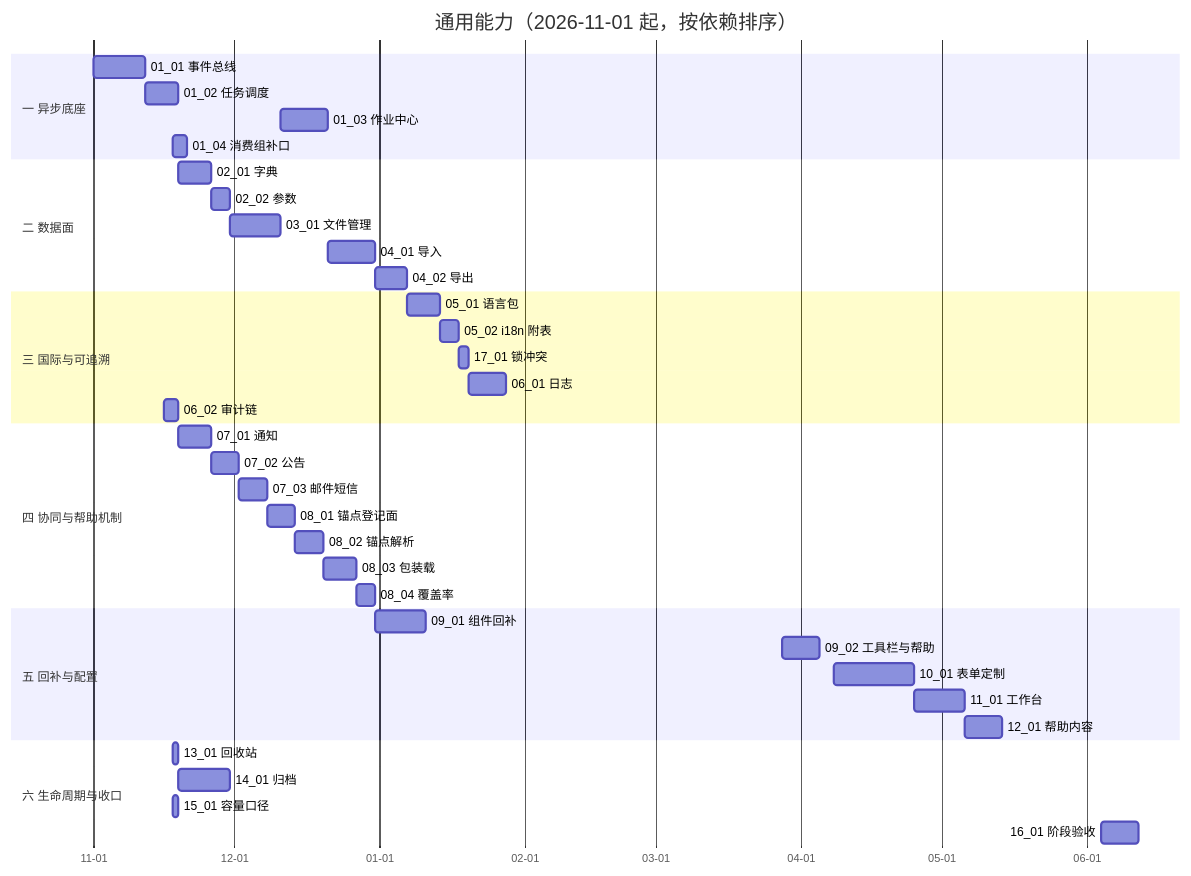
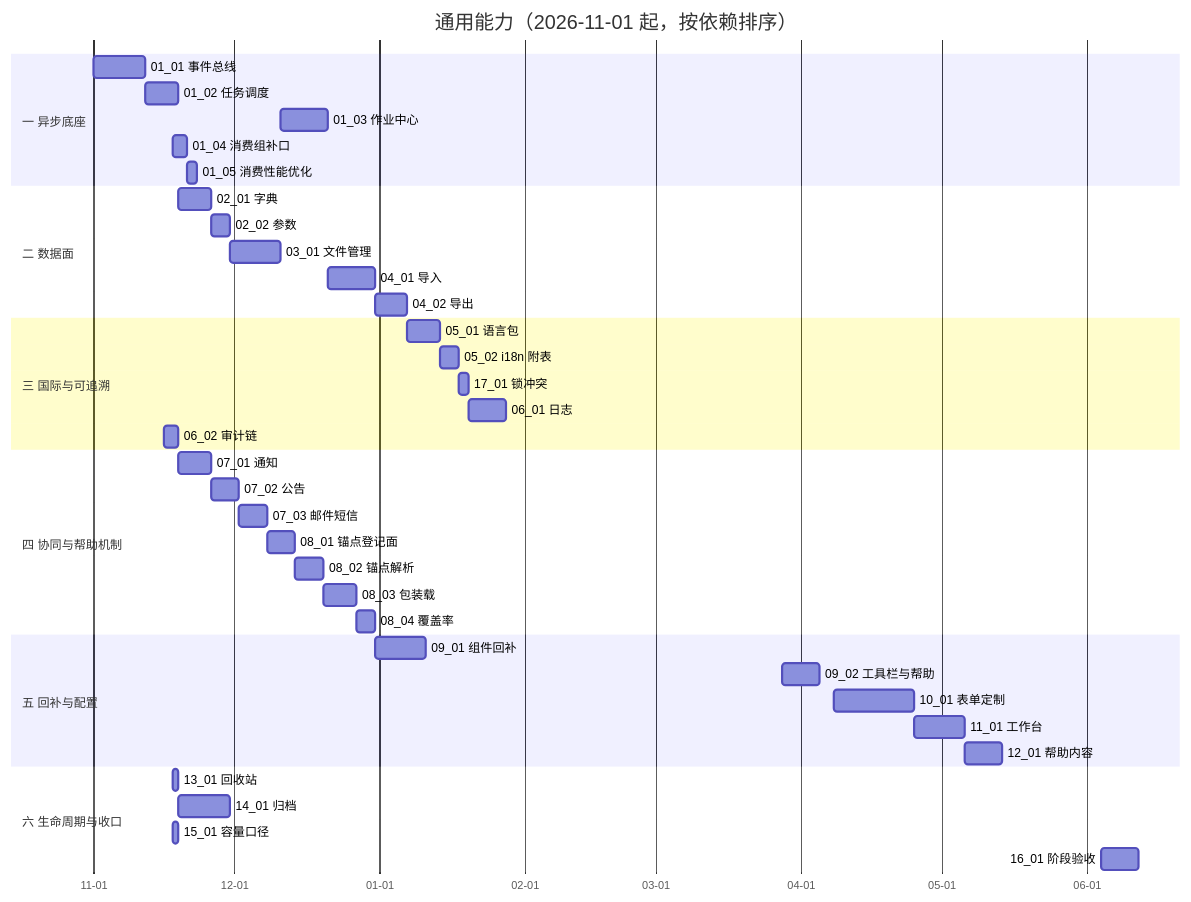
Before and after one commit to minjian123/basic-management-system: the diagram in bms文档/项目/08_通用能力/计划/01_计划_通用能力.md, drawn with Mermaid. The commit also changed other lines of this file and 5 other files, not shown here.

````diff
--- a/bms文档/项目/08_通用能力/计划/01_计划_通用能力.md
+++ b/bms文档/项目/08_通用能力/计划/01_计划_通用能力.md
@@ -63,42 +64,43 @@
 ```mermaid
 gantt
     title 通用能力（2026-11-01 起，按依赖排序）
     dateFormat YYYY-MM-DD
     axisFormat %m-%d
     section 一 异步底座
     01_01 事件总线 :t0101, 2026-11-01, 11d
     01_02 任务调度 :t0102, after t0101, 7d
     01_03 作业中心 :t0103, 2026-12-11, 10d
     01_04 消费组补口 :t0104, 2026-11-18, 3d
+    01_05 消费性能优化 :t0105, after t0104, 2d
     section 二 数据面
     02_01 字典 :t0201, after t0102, 7d
     02_02 参数 :t0202, after t0201, 4d
     03_01 文件管理 :t0301, after t0202, 11d
     04_01 导入 :t0401, after t0103, 10d
     04_02 导出 :t0402, after t0401, 7d
     section 三 国际与可追溯
     05_01 语言包 :t0501, after t0402, 7d
     05_02 i18n 附表 :t0502, after t0501, 4d
     17_01 锁冲突 :t1701, after t0502, 2d
     06_01 日志 :t0601, after t1701, 8d
     06_02 审计链 :t0602, 2026-11-16, 3d
     section 四 协同与帮助机制
     07_01 通知 :t0701, after t0602, 7d
     07_02 公告 :t0702, after t0701, 6d
     07_03 邮件短信 :t0703, after t0702, 6d
     08_01 锚点登记面 :t0801, after t0703, 6d
     08_02 锚点解析 :t0802, after t0801, 6d
     08_03 包装载 :t0803, after t0802, 7d
     08_04 覆盖率 :t0804, after t0803, 4d
     section 五 回补与配置
     09_01 组件回补 :t0901, after t0804, 11d
     09_02 工具栏与帮助 :t0902, 2027-03-28, 8d
     10_01 表单定制 :t1001, 2027-04-08, 17d
     11_01 工作台 :t1101, 2027-04-25, 11d
     12_01 帮助内容 :t1201, 2027-05-06, 8d
     section 六 生命周期与收口
     13_01 回收站 :t1301, 2026-11-18, 1d
     14_01 归档 :t1401, after t1301, 11d
     15_01 容量口径 :t1501, 2026-11-18, 1d
     16_01 阶段验收 :t1601, 2027-06-04, 8d
 ```
````
